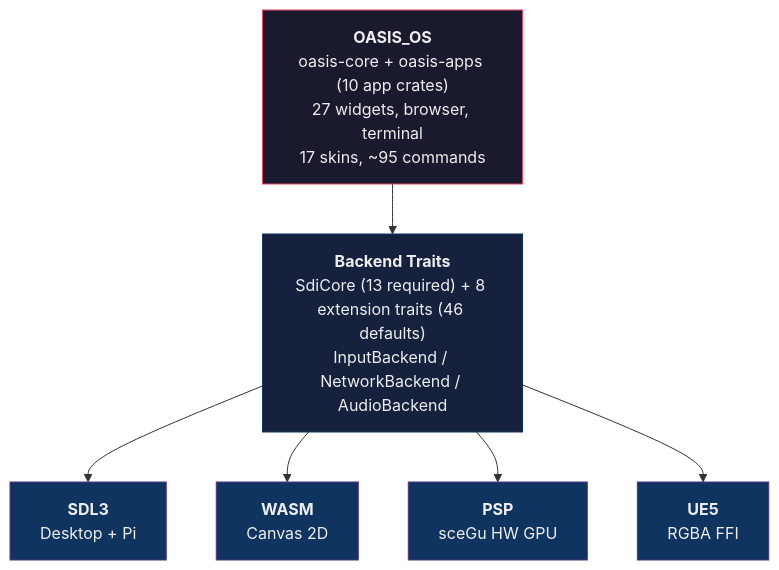
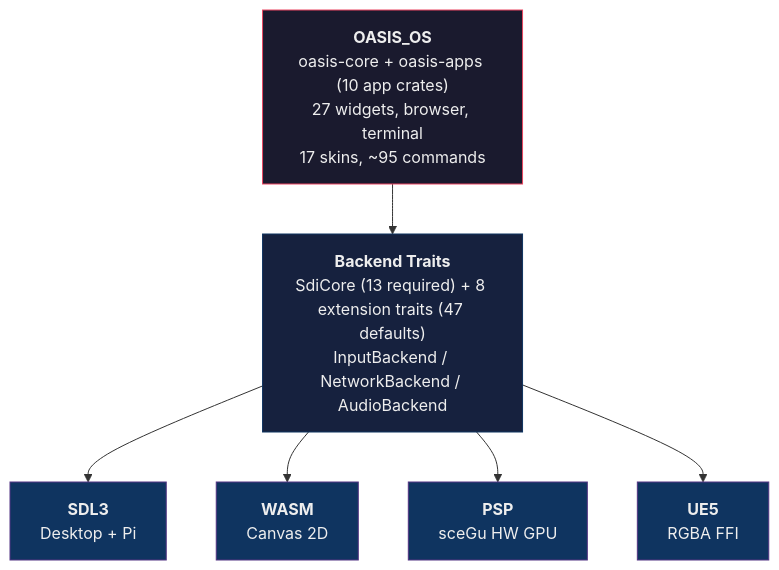
The diagram in README.md (AndrewAltimit/oasis-os), drawn with Mermaid before and after one commit. The commit also changed other lines of this file and 13 other files, not shown here.

````diff
--- a/README.md
+++ b/README.md
@@ -92,23 +92,23 @@
 ```mermaid
 graph TD
     APP["<b>OASIS_OS</b><br/>oasis-core + oasis-apps (10 app crates)<br/>27 widgets, browser, terminal<br/>17 skins, ~95 commands"]
-    TRAITS["<b>Backend Traits</b><br/>SdiCore (13 required) + 8 extension traits (46 defaults)<br/>InputBackend / NetworkBackend / AudioBackend"]
+    TRAITS["<b>Backend Traits</b><br/>SdiCore (13 required) + 8 extension traits (47 defaults)<br/>InputBackend / NetworkBackend / AudioBackend"]
 
     SDL["<b>SDL3</b><br/>Desktop + Pi"]
     WASM["<b>WASM</b><br/>Canvas 2D"]
     PSP["<b>PSP</b><br/>sceGu HW GPU"]
     UE5["<b>UE5</b><br/>RGBA FFI"]
 
     APP --> TRAITS
     TRAITS --> SDL
     TRAITS --> WASM
     TRAITS --> PSP
     TRAITS --> UE5
 
     style APP fill:#1a1a2e,stroke:#e94560,color:#eee
     style TRAITS fill:#16213e,stroke:#0f3460,color:#eee
     style SDL fill:#0f3460,stroke:#533483,color:#eee
     style WASM fill:#0f3460,stroke:#533483,color:#eee
     style PSP fill:#0f3460,stroke:#533483,color:#eee
     style UE5 fill:#0f3460,stroke:#533483,color:#eee
 ```
````
